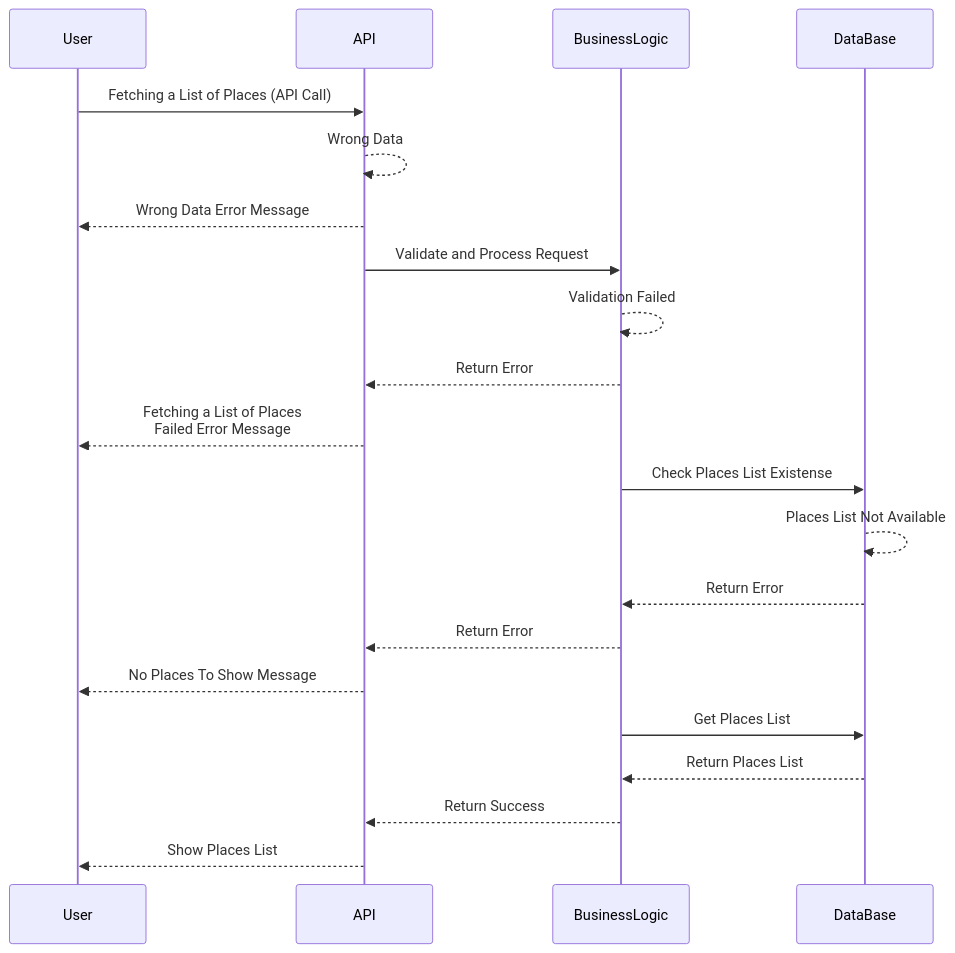
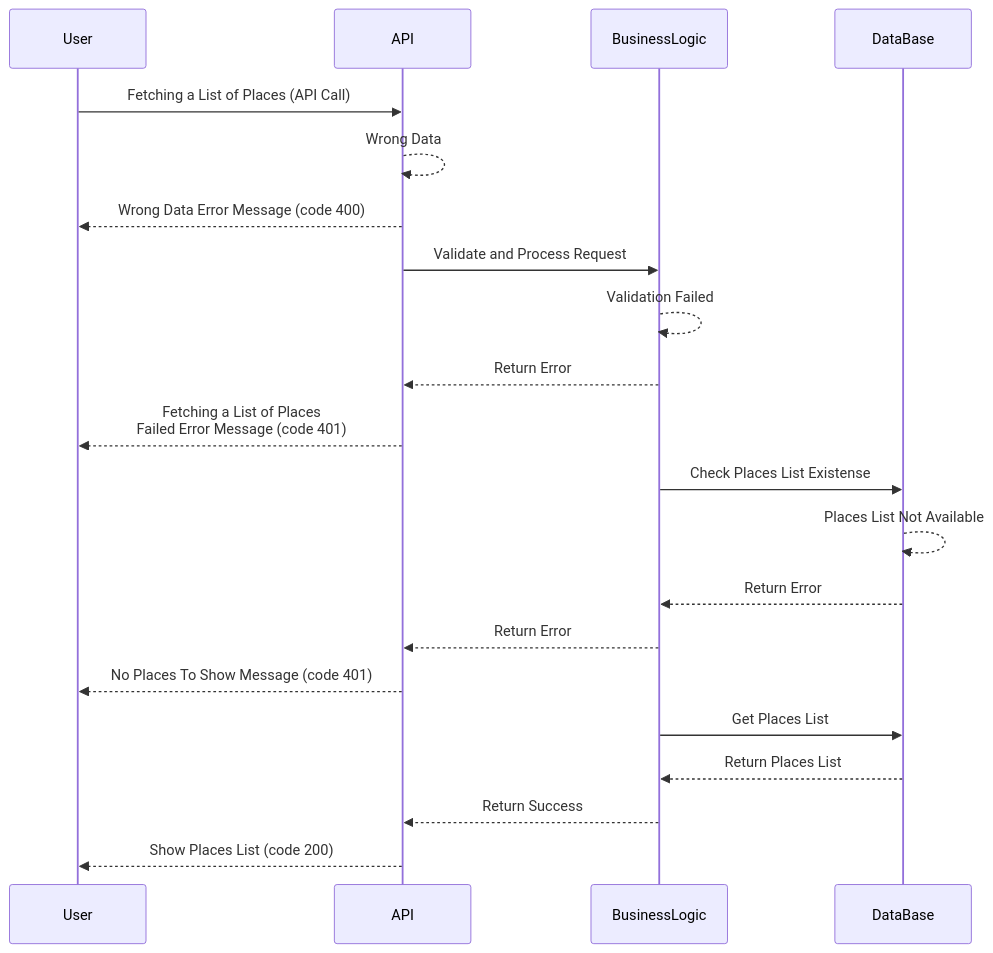
The fifth of 5 diagrams in README.md (gastii11/holbertonschool-hbnb), drawn with Mermaid before and after one commit. The commit also changed other lines of this file, not shown here.

Commit message:
Enhance README with HTTP status codes for API messages
Added HTTP status codes to error and success messages in the sequence diagrams.

````diff
--- a/README.md
+++ b/README.md
@@ -323,27 +323,27 @@
 ```mermaid
 sequenceDiagram
     participant User
     participant API
     participant BusinessLogic
     participant DataBase
 
     User ->> API : Fetching a List of Places (API Call)
     API -->> API : Wrong Data
-    API -->> User : Wrong Data Error Message
+    API -->> User : Wrong Data Error Message (code 400)
 
     API ->> BusinessLogic : Validate and Process Request
     BusinessLogic -->> BusinessLogic : Validation Failed
     BusinessLogic -->> API : Return Error
-    API -->> User : Fetching a List of Places <br> Failed Error Message
+    API -->> User : Fetching a List of Places <br> Failed Error Message (code 401)
 
     BusinessLogic ->> DataBase : Check Places List Existense
     DataBase -->> DataBase : Places List Not Available
     DataBase -->> BusinessLogic: Return Error
     BusinessLogic -->> API : Return Error
-    API -->> User : No Places To Show Message
+    API -->> User : No Places To Show Message (code 401)
 
     BusinessLogic ->> DataBase : Get Places List
     DataBase -->> BusinessLogic : Return Places List
     BusinessLogic -->> API : Return Success
-    API -->> User : Show Places List
+    API -->> User : Show Places List (code 200)
 ```
````
